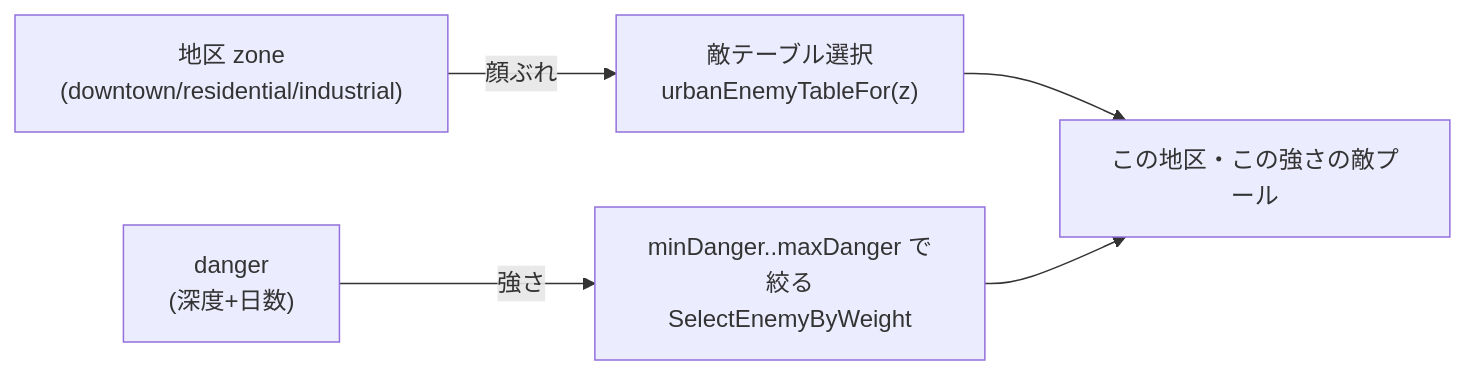
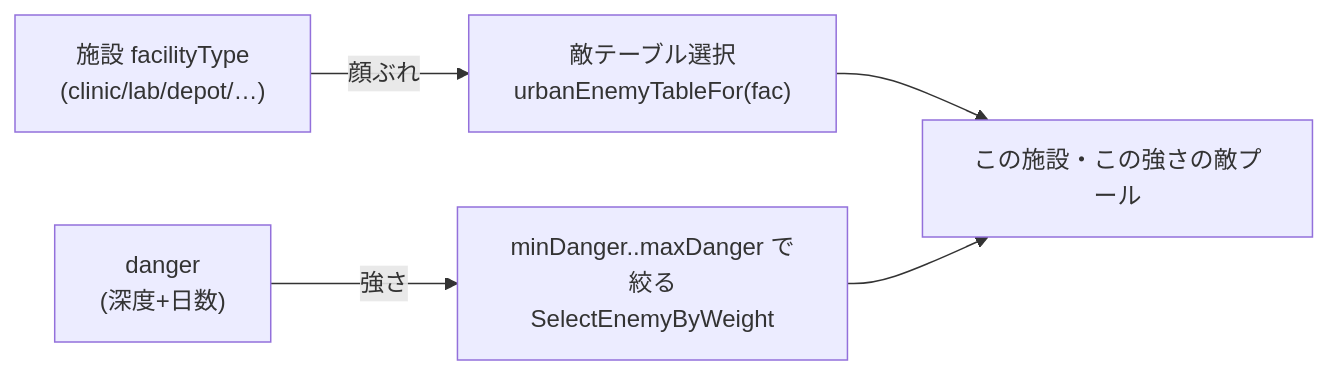
One commit to kijimad/ruins changed the first of 2 diagrams in docs/design/260924111008.md. Above: the diagram before and after it, drawn with Mermaid. The commit also changed other lines of this file and 1 other file, not shown here.

````diff
--- a/docs/design/260924111008.md
+++ b/docs/design/260924111008.md
@@ -59,7 +62,7 @@
 ```mermaid
 flowchart LR
-  zone["地区 zone\n(downtown/residential/industrial)"] -->|"顔ぶれ"| table["敵テーブル選択\nurbanEnemyTableFor(z)"]
+  fac["施設 facilityType\n(clinic/lab/depot/…)"] -->|"顔ぶれ"| table["敵テーブル選択\nurbanEnemyTableFor(fac)"]
   danger["danger\n(深度+日数)"] -->|"強さ"| filter["minDanger..maxDanger で絞る\nSelectEnemyByWeight"]
-  table --> pool["この地区・この強さの敵プール"]
+  table --> pool["この施設・この強さの敵プール"]
   filter --> pool
 ```
````
